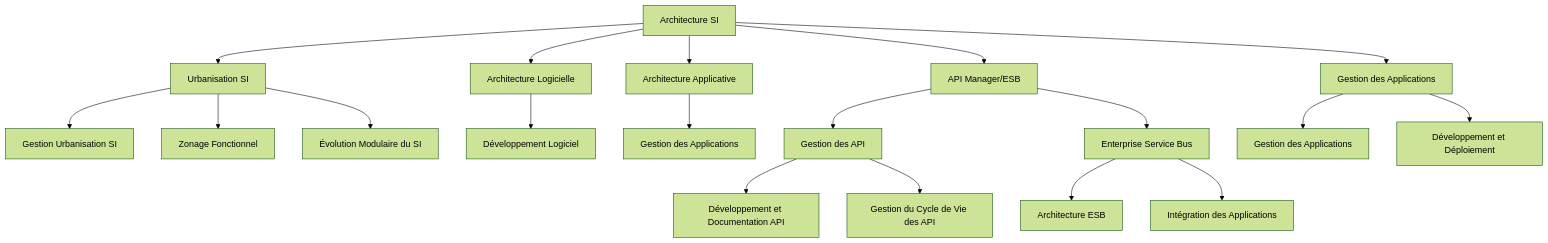
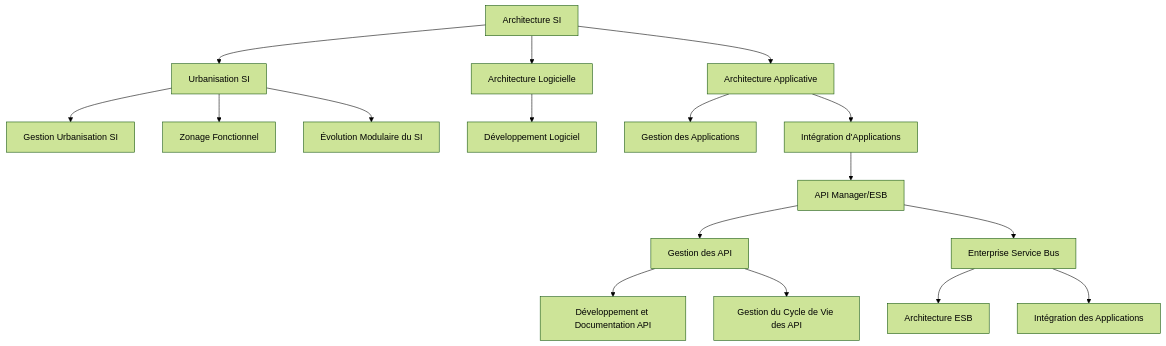
One commit to sanogotech/preparationCertificationCCNA changed the second of 6 diagrams in TestSchema.md. Above: the diagram before and after it, drawn with Mermaid (forest theme). The commit also changed other lines of this file, not shown here.

````diff
--- a/TestSchema.md
+++ b/TestSchema.md
@@ -17,35 +19,31 @@
 ```mermaid
 graph TD
     B[Architecture SI] --> B1[Urbanisation SI]
     B --> B2[Architecture Logicielle]
     B --> B3[Architecture Applicative]
 
     %% Urbanisation SI
     B1 --> B1a[Gestion Urbanisation SI]
     B1 --> B1b[Zonage Fonctionnel]
     B1 --> B1c[Évolution Modulaire du SI]
 
     %% Architecture Logicielle
     B2 --> B2a[Développement Logiciel]
 
     %% Architecture Applicative
     B3 --> B3a[Gestion des Applications]
+    B3 --> B3b[Intégration d'Applications]
 
-    %% API Manager/ESB
-    B --> H[API Manager/ESB]
+    %% Intégration d'Applications
+    B3b --> H[API Manager/ESB]
     H --> H1[Gestion des API]
     H --> H2[Enterprise Service Bus]
 
     %% Gestion des API
     H1 --> H1a[Développement et Documentation API]
     H1 --> H1b[Gestion du Cycle de Vie des API]
 
     %% Enterprise Service Bus
     H2 --> H2a[Architecture ESB]
     H2 --> H2b[Intégration des Applications]
-    
-    %% Gestion des Applications
-    B --> I[Gestion des Applications]
-    I --> I1[Gestion des Applications]
-    I --> I2[Développement et Déploiement]
 ```
````
